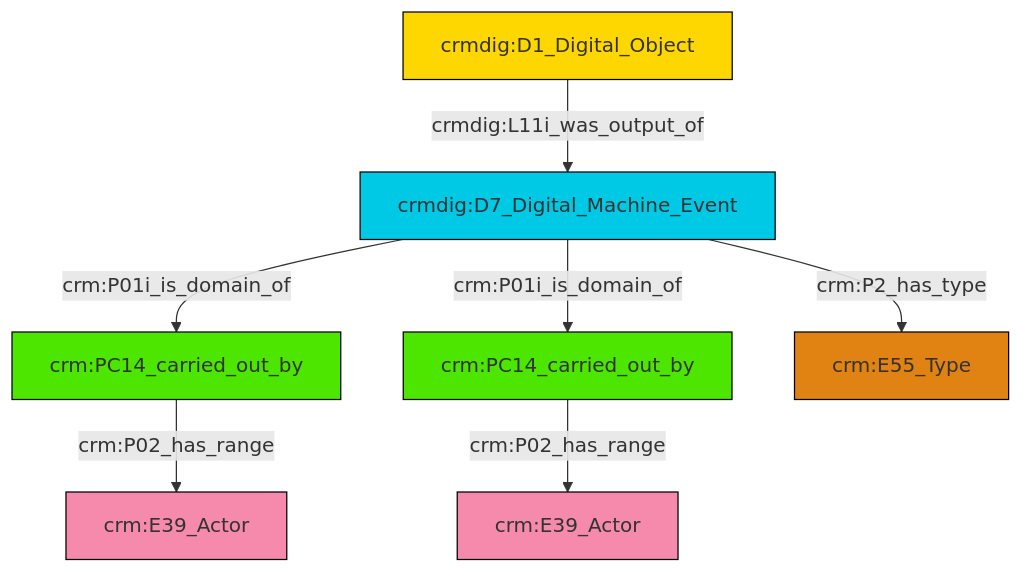
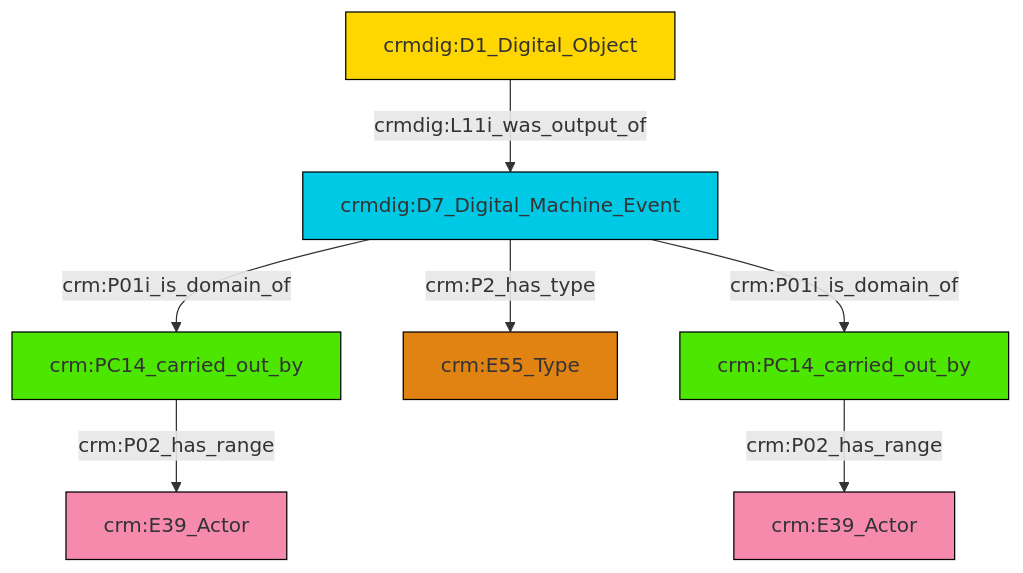
One commit to swiss-art-research-net/reference-data-models changed the diagram in et/doCSV/ttl/mmd/do_actor_relations.ttl.mmd. Above: the diagram before and after it, drawn with Mermaid. The commit also changed 130 other files, not shown here.

```diff
--- a/et/doCSV/ttl/mmd/do_actor_relations.ttl.mmd
+++ b/et/doCSV/ttl/mmd/do_actor_relations.ttl.mmd
@@ -1,21 +1,21 @@
 graph TD
 classDef Literal fill:#f2f2f2,stroke:#000000;
 classDef CRM_Entity fill:#FFFFFF,stroke:#000000;
 classDef Temporal_Entity fill:#00C9E6, stroke:#000000;
 classDef Type fill:#E18312, stroke:#000000;
 classDef Time-Span fill:#2C9C91, stroke:#000000;
 classDef Appellation fill:#FFEB7F, stroke:#000000;
 classDef Place fill:#008836, stroke:#000000;
 classDef Persistent_Item fill:#B266B2, stroke:#000000;
 classDef Conceptual_Object fill:#FFD700, stroke:#000000;
 classDef Physical_Thing fill:#D2B48C, stroke:#000000;
 classDef Actor fill:#f58aad, stroke:#000000;
 classDef PC_Classes fill:#4ce600, stroke:#000000;
 classDef Multi fill:#cccccc,stroke:#000000;
 
-2["crm:PC14_carried_out_by"]:::PC_Classes -->|crm:P02_has_range| 3["crm:E39_Actor"]:::Actor
-0["crmdig:D1_Digital_Object"]:::Conceptual_Object -->|crmdig:L11i_was_output_of| 4["crmdig:D7_Digital_Machine_Event"]:::Temporal_Entity
-4["crmdig:D7_Digital_Machine_Event"]:::Temporal_Entity -->|crm:P01i_is_domain_of| 5["crm:PC14_carried_out_by"]:::PC_Classes
-4["crmdig:D7_Digital_Machine_Event"]:::Temporal_Entity -->|crm:P01i_is_domain_of| 2["crm:PC14_carried_out_by"]:::PC_Classes
-5["crm:PC14_carried_out_by"]:::PC_Classes -->|crm:P02_has_range| 10["crm:E39_Actor"]:::Actor
-4["crmdig:D7_Digital_Machine_Event"]:::Temporal_Entity -->|crm:P2_has_type| 8["crm:E55_Type"]:::Type
+0["crm:PC14_carried_out_by"]:::PC_Classes -->|crm:P02_has_range| 1["crm:E39_Actor"]:::Actor
+2["crmdig:D7_Digital_Machine_Event"]:::Temporal_Entity -->|crm:P2_has_type| 4["crm:E55_Type"]:::Type
+2["crmdig:D7_Digital_Machine_Event"]:::Temporal_Entity -->|crm:P01i_is_domain_of| 0["crm:PC14_carried_out_by"]:::PC_Classes
+2["crmdig:D7_Digital_Machine_Event"]:::Temporal_Entity -->|crm:P01i_is_domain_of| 6["crm:PC14_carried_out_by"]:::PC_Classes
+12["crmdig:D1_Digital_Object"]:::Conceptual_Object -->|crmdig:L11i_was_output_of| 2["crmdig:D7_Digital_Machine_Event"]:::Temporal_Entity
+6["crm:PC14_carried_out_by"]:::PC_Classes -->|crm:P02_has_range| 14["crm:E39_Actor"]:::Actor
```
